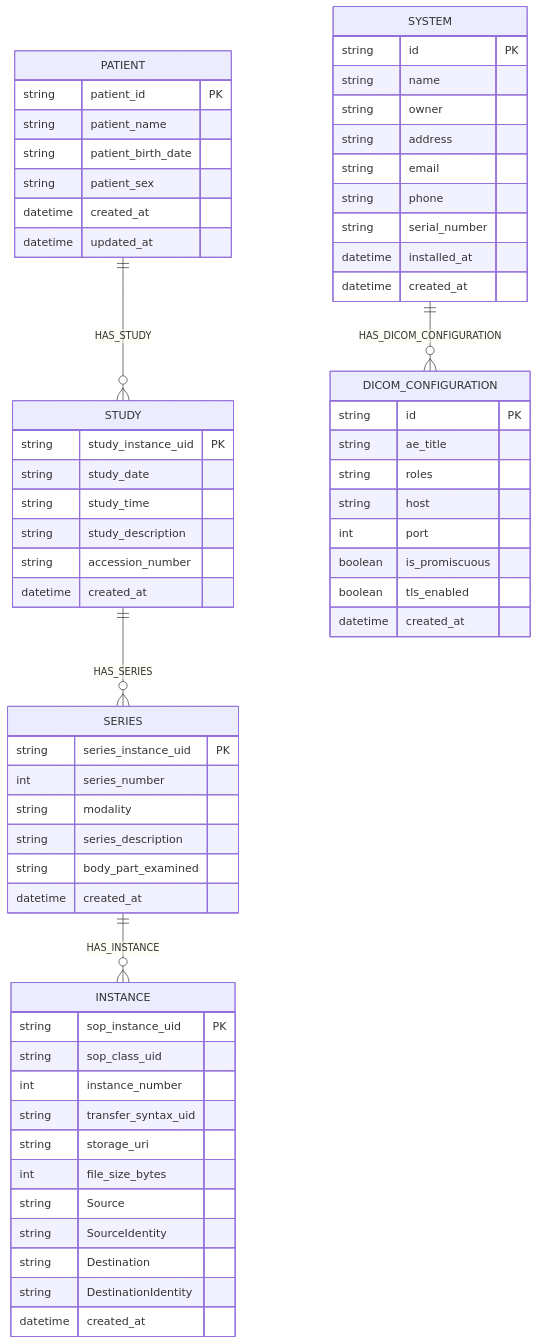
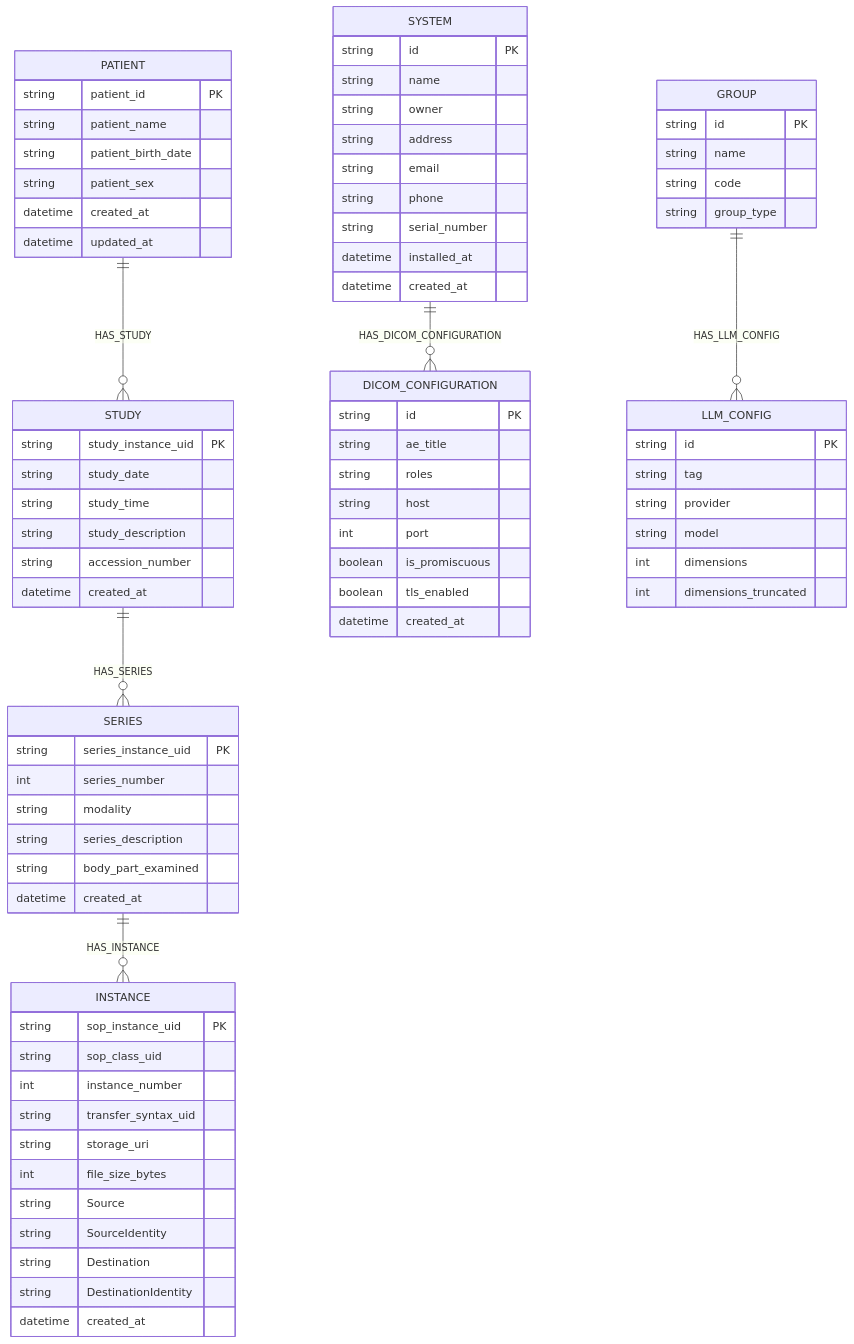
Before and after one commit to gosmart-health/gosmart-graphite: the second of 2 diagrams in docs/design/gsgs_010_system_design_specification.md, drawn with Mermaid. The commit also changed other lines of this file and 33 other files, not shown here.

Commit message:
feat: Implement Group Sponsoring for LLM_Configs

````diff
--- a/docs/design/gsgs_010_system_design_specification.md
+++ b/docs/design/gsgs_010_system_design_specification.md
@@ -154,66 +173,81 @@
 ```mermaid
 erDiagram
     PATIENT {
         string patient_id PK
         string patient_name
         string patient_birth_date
         string patient_sex
         datetime created_at
         datetime updated_at
     }
     STUDY {
         string study_instance_uid PK
         string study_date
         string study_time
         string study_description
         string accession_number
         datetime created_at
     }
     SERIES {
         string series_instance_uid PK
         int series_number
         string modality
         string series_description
         string body_part_examined
         datetime created_at
     }
     INSTANCE {
         string sop_instance_uid PK
         string sop_class_uid
         int instance_number
         string transfer_syntax_uid
         string storage_uri
         int file_size_bytes
         string Source
         string SourceIdentity
         string Destination
         string DestinationIdentity
         datetime created_at
     }
     SYSTEM {
         string id PK
         string name
         string owner
         string address
         string email
         string phone
         string serial_number
         datetime installed_at
         datetime created_at
     }
     DICOM_CONFIGURATION {
         string id PK
         string ae_title
         string roles
         string host
         int port
         boolean is_promiscuous
         boolean tls_enabled
         datetime created_at
     }
+    GROUP {
+        string id PK
+        string name
+        string code
+        string group_type
+    }
+    LLM_CONFIG {
+        string id PK
+        string tag
+        string provider
+        string model
+        int dimensions
+        int dimensions_truncated
+    }
 
     SYSTEM ||--o{ DICOM_CONFIGURATION : HAS_DICOM_CONFIGURATION
+    GROUP ||--o{ LLM_CONFIG : HAS_LLM_CONFIG
     PATIENT ||--o{ STUDY : HAS_STUDY
     STUDY ||--o{ SERIES : HAS_SERIES
     SERIES ||--o{ INSTANCE : HAS_INSTANCE
 ```
````
